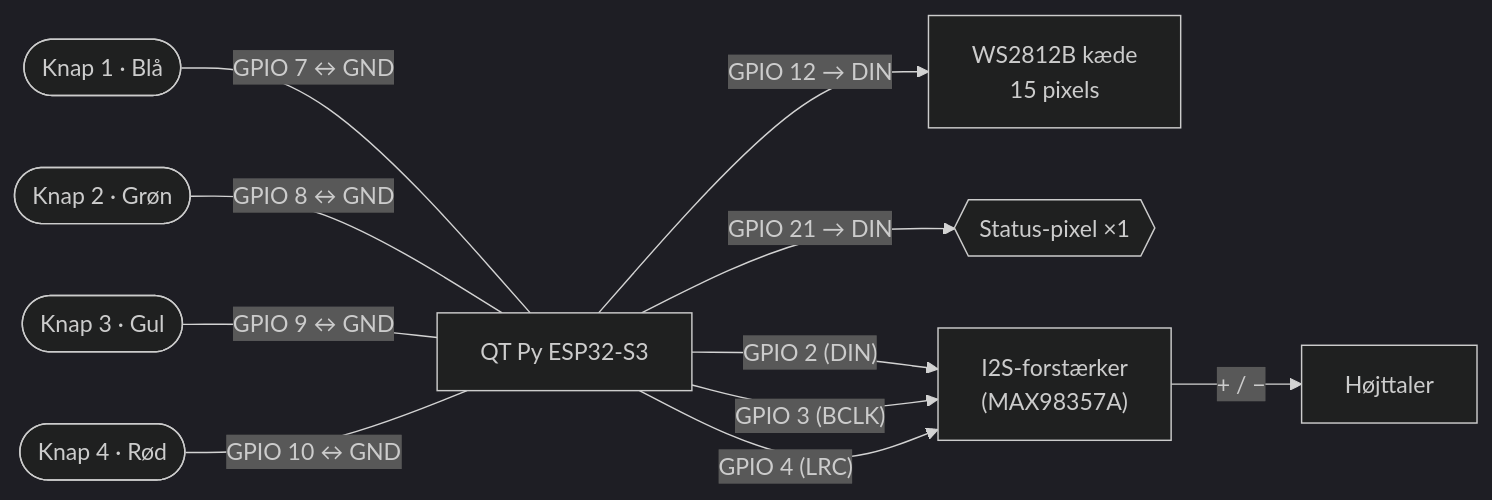
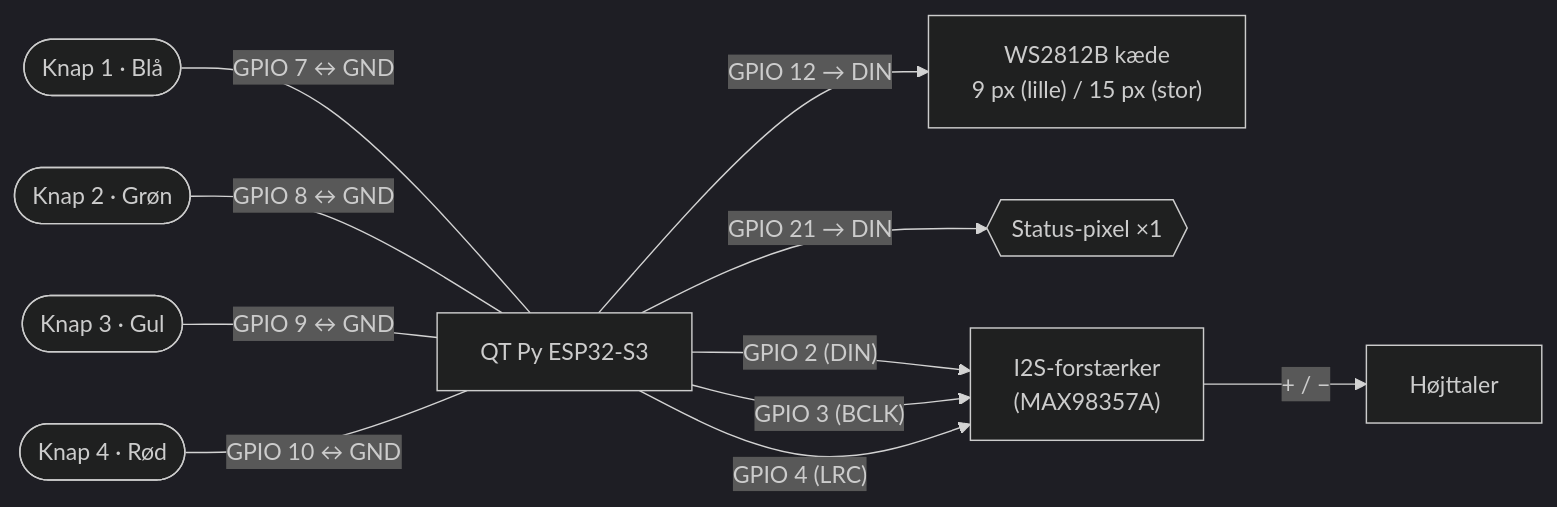
The diagram in docs/HARDWARE-Joystick.md (MichaelHviid/Futuretown-Patruljedysten), drawn with Mermaid (dark theme) before and after one commit. The commit also changed other lines of this file and 1 other file, not shown here.

````diff
--- a/docs/HARDWARE-Joystick.md
+++ b/docs/HARDWARE-Joystick.md
@@ -60,23 +64,23 @@
 ```mermaid
 flowchart LR
   ESP["QT Py ESP32-S3"]
   B1(["Knap 1 · Blå"])
   B2(["Knap 2 · Grøn"])
   B3(["Knap 3 · Gul"])
   B4(["Knap 4 · Rød"])
-  LEDS["WS2812B kæde<br/>15 pixels"]
+  LEDS["WS2812B kæde<br/>9 px (lille) / 15 px (stor)"]
   STAT{{"Status-pixel ×1"}}
   AMP["I2S-forstærker<br/>(MAX98357A)"]
   SPK["Højttaler"]
 
   B1 ---|"GPIO 7 ↔ GND"| ESP
   B2 ---|"GPIO 8 ↔ GND"| ESP
   B3 ---|"GPIO 9 ↔ GND"| ESP
   B4 ---|"GPIO 10 ↔ GND"| ESP
   ESP -->|"GPIO 12 → DIN"| LEDS
   ESP -->|"GPIO 21 → DIN"| STAT
   ESP -->|"GPIO 2 (DIN)"| AMP
   ESP -->|"GPIO 3 (BCLK)"| AMP
   ESP -->|"GPIO 4 (LRC)"| AMP
   AMP -->|"+ / −"| SPK
 ```
````
